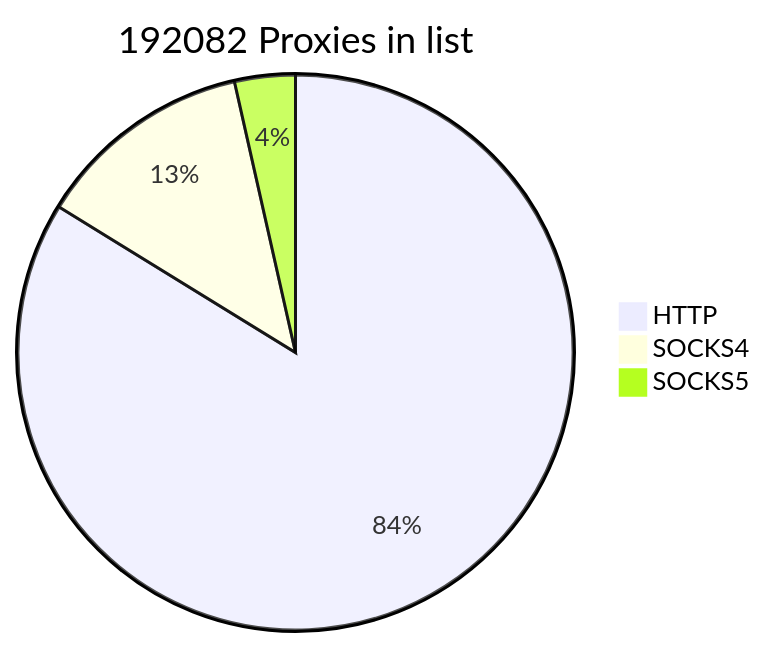
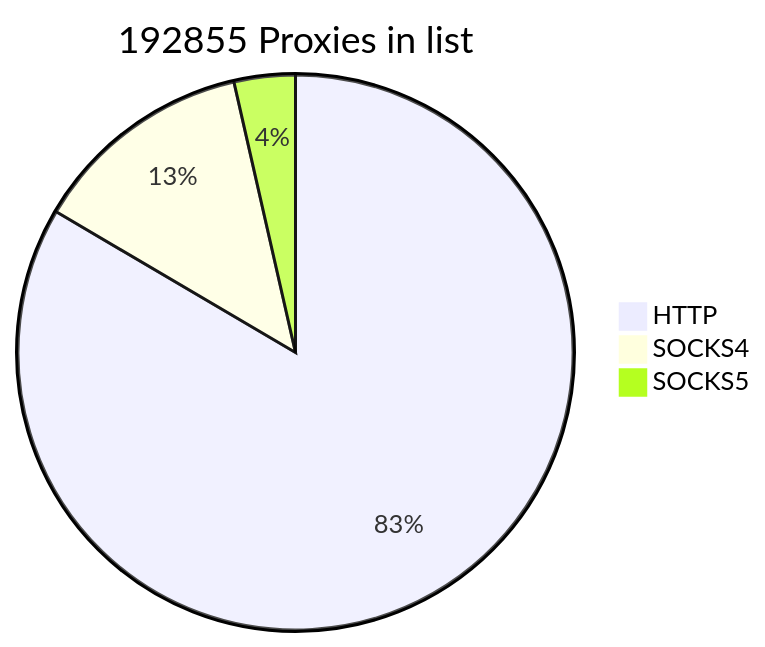
Before and after one commit to cutipu/proxylist: the first of 2 diagrams in README.md, drawn with Mermaid. The commit also changed other lines of this file, not shown here.

````diff
--- a/README.md
+++ b/README.md
@@ -2,7 +2,7 @@
 ```mermaid
-pie title 192082 Proxies in list
-    "HTTP" : 160933
-    "SOCKS4" : 24371
-    "SOCKS5" : 6778
+pie title 192855 Proxies in list
+    "HTTP" : 160963
+    "SOCKS4" : 25023
+    "SOCKS5" : 6869
             
 ```
````
